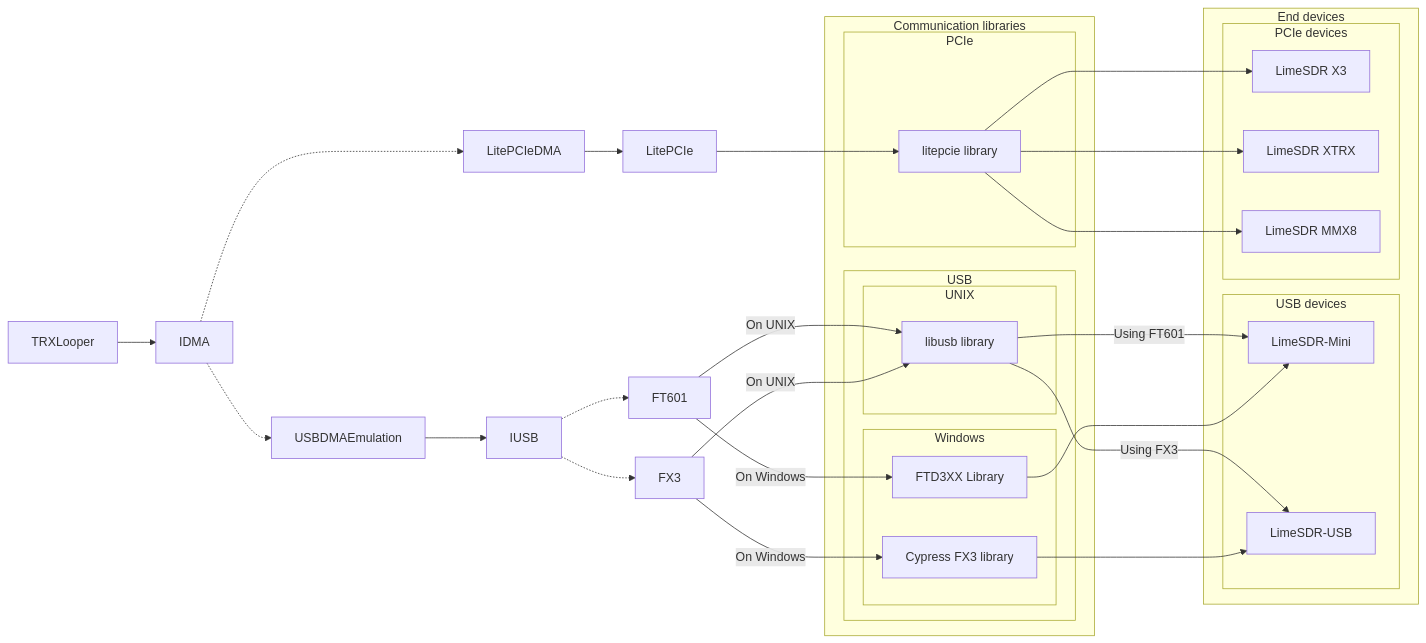
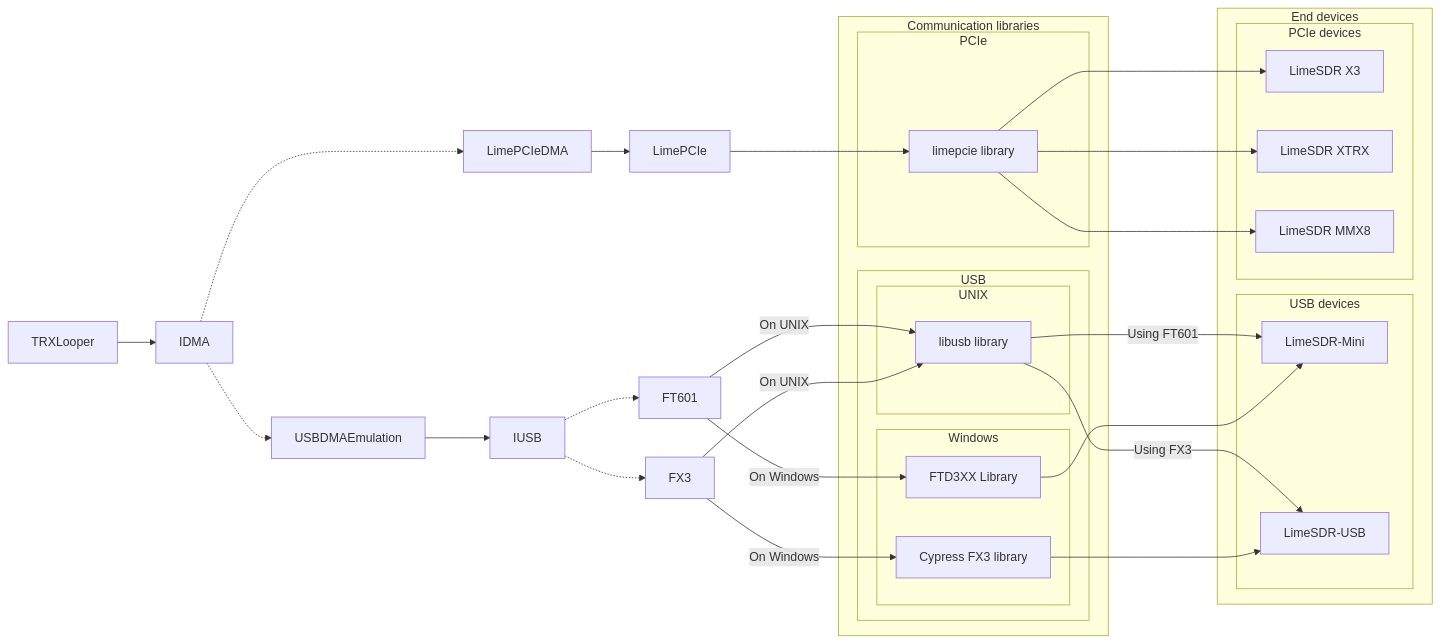
Before and after one commit to myriadrf/LimeSuiteNG: the diagram in docs/development/diagrams/trxlooper.mmd, drawn with Mermaid. The commit also changed 7 other files, not shown here.

Commit message:
Rename remaining LitePCIe to LimePCIe

```diff
--- a/docs/development/diagrams/trxlooper.mmd
+++ b/docs/development/diagrams/trxlooper.mmd
@@ -1,39 +1,39 @@
 flowchart LR
     subgraph End devices
         subgraph USB devices
             SDRMini["LimeSDR-Mini"]
             SDR["LimeSDR-USB"]
         end
         subgraph PCIe devices
             X3["LimeSDR X3"]
             XTRX["LimeSDR XTRX"]
             MMX8["LimeSDR MMX8"]
         end
     end
 
     subgraph Communication libraries
         subgraph USB
             subgraph UNIX
                 libusb["libusb library"]
             end
             subgraph Windows
                 Cypress["Cypress FX3 library"]
                 FTD3XX["FTD3XX Library"]
             end
         end
         subgraph PCIe
-            litepcie["litepcie library"]
+            limepcie["limepcie library"]
         end
     end
 
     TRXLooper-->IDMA
 
-    IDMA-.->LitePCIeDMA-->LitePCIe-->litepcie-->X3 & XTRX & MMX8
+    IDMA-.->LimePCIeDMA-->LimePCIe-->limepcie-->X3 & XTRX & MMX8
     IDMA-.->USBDMAEmulation-->IUSB-.->FX3 & FT601
 
     FX3-->|On Windows|Cypress-->SDR
     FT601-->|On Windows|FTD3XX-->SDRMini
     FX3 & FT601-->|On UNIX|libusb
 
     libusb-->|Using FT601|SDRMini 
     libusb-->|Using FX3|SDR
```
